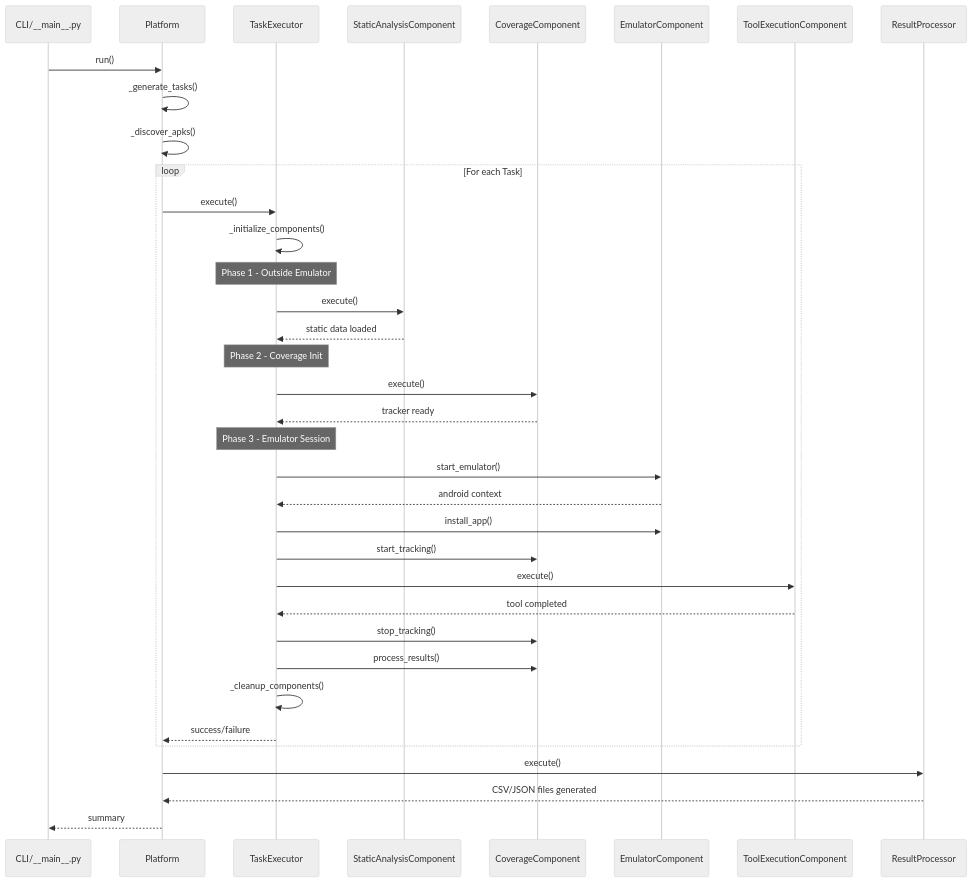
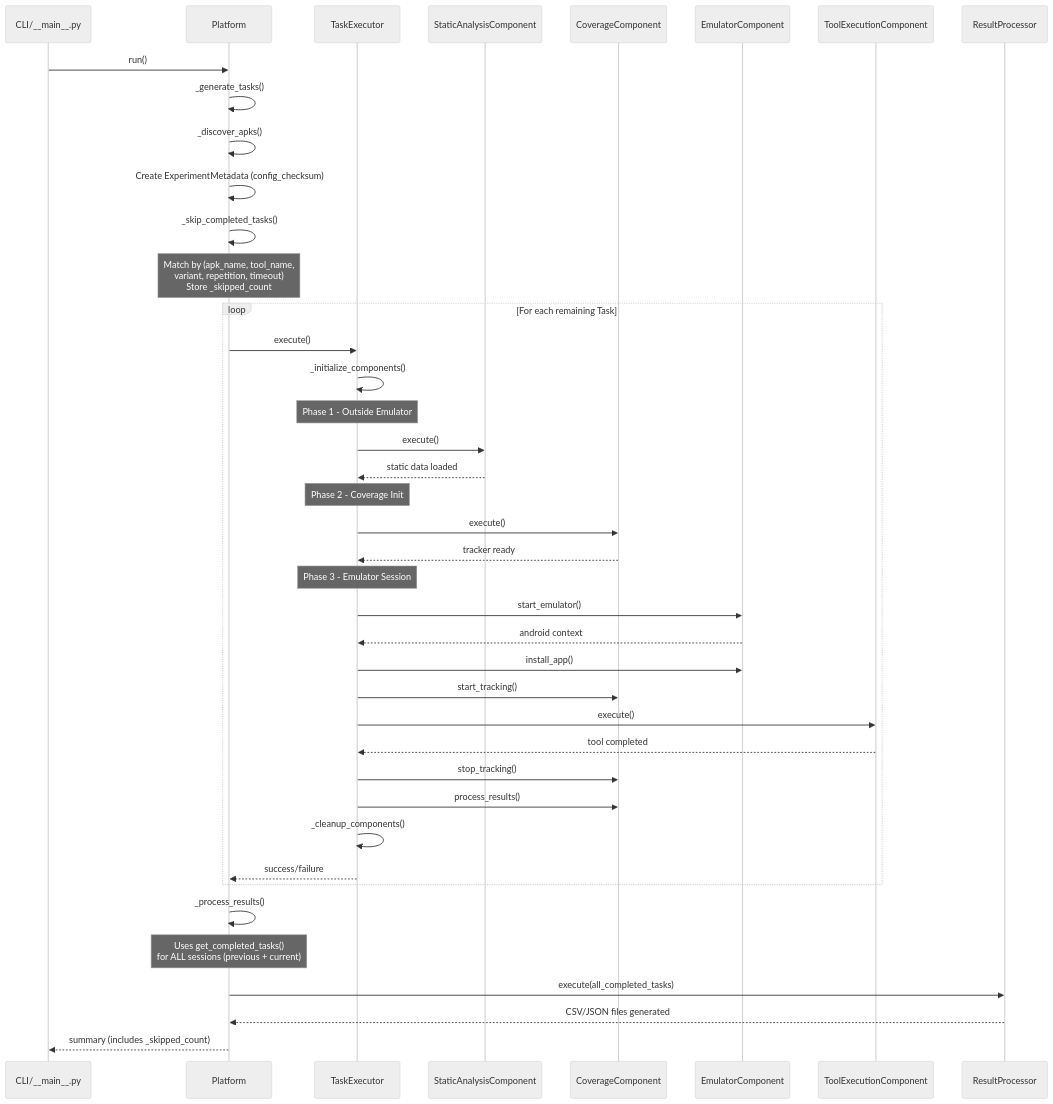
One commit to PAMunb/rvsec changed the third of 5 diagrams in rv-android/modules/rv-platform/docs/architecture.md. Above: the diagram before and after it, drawn with Mermaid. The commit also changed other lines of this file and 19 other files, not shown here.

````diff
--- a/rv-android/modules/rv-platform/docs/architecture.md
+++ b/rv-android/modules/rv-platform/docs/architecture.md
@@ -272,46 +272,51 @@
 ```mermaid
 %%{init: {'theme': 'neutral'}}%%
 sequenceDiagram
     participant CLI as CLI/__main__.py
     participant Platform as Platform
     participant TaskExec as TaskExecutor
     participant Static as StaticAnalysisComponent
     participant Coverage as CoverageComponent
     participant Emulator as EmulatorComponent
     participant Tool as ToolExecutionComponent
     participant Result as ResultProcessor
 
     CLI->>Platform: run()
     Platform->>Platform: _generate_tasks()
     Platform->>Platform: _discover_apks()
+    Platform->>Platform: Create ExperimentMetadata (config_checksum)
+    Platform->>Platform: _skip_completed_tasks()
+    Note over Platform: Match by (apk_name, tool_name,<br/>variant, repetition, timeout)<br/>Store _skipped_count
 
-    loop For each Task
+    loop For each remaining Task
         Platform->>TaskExec: execute()
         TaskExec->>TaskExec: _initialize_components()
 
         Note over TaskExec: Phase 1 - Outside Emulator
         TaskExec->>Static: execute()
         Static-->>TaskExec: static data loaded
 
         Note over TaskExec: Phase 2 - Coverage Init
         TaskExec->>Coverage: execute()
         Coverage-->>TaskExec: tracker ready
 
         Note over TaskExec: Phase 3 - Emulator Session
         TaskExec->>Emulator: start_emulator()
         Emulator-->>TaskExec: android context
         TaskExec->>Emulator: install_app()
         TaskExec->>Coverage: start_tracking()
         TaskExec->>Tool: execute()
         Tool-->>TaskExec: tool completed
         TaskExec->>Coverage: stop_tracking()
         TaskExec->>Coverage: process_results()
 
         TaskExec->>TaskExec: _cleanup_components()
         TaskExec-->>Platform: success/failure
     end
 
-    Platform->>Result: execute()
+    Platform->>Platform: _process_results()
+    Note over Platform: Uses get_completed_tasks()<br/>for ALL sessions (previous + current)
+    Platform->>Result: execute(all_completed_tasks)
     Result-->>Platform: CSV/JSON files generated
-    Platform-->>CLI: summary
+    Platform-->>CLI: summary (includes _skipped_count)
 ```
````
